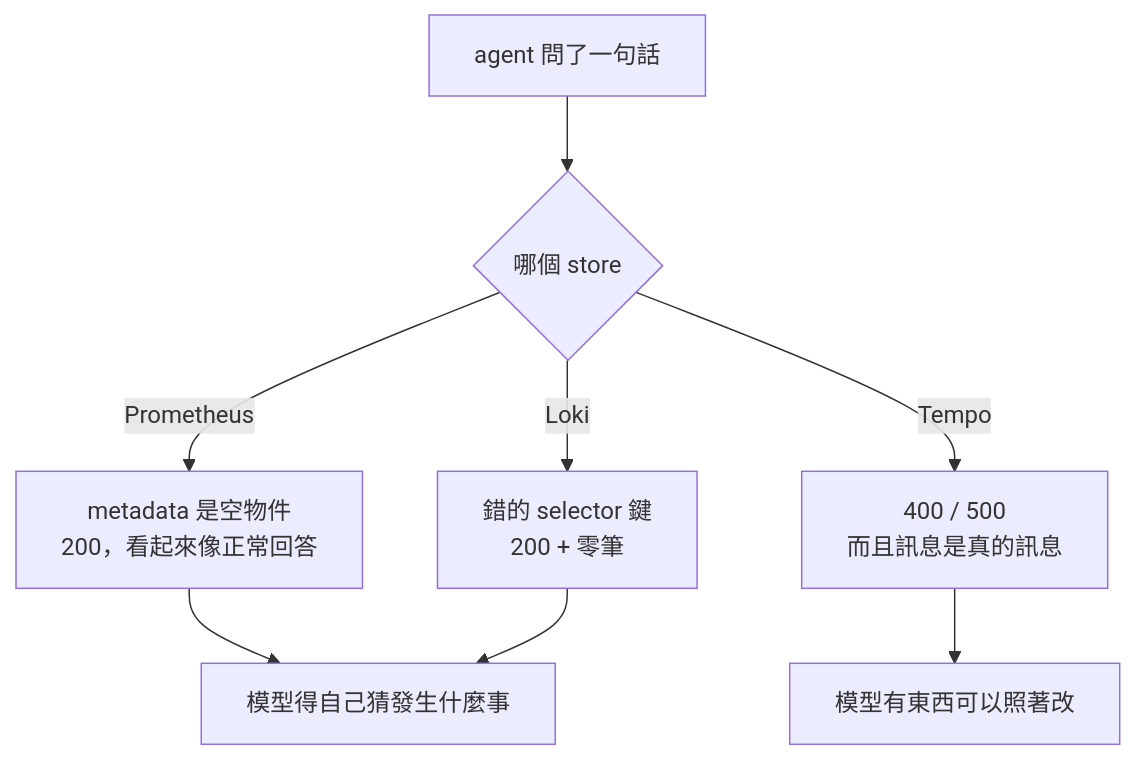
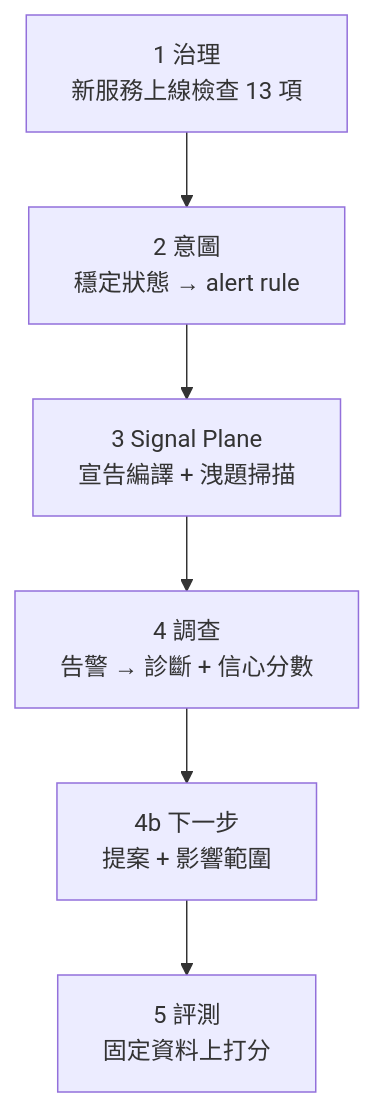
Before and after one commit to tedmax100/o11y-bench: the second of 2 diagrams in weaver-demo/ironman-2026/day25.md, drawn with Mermaid. The commit also changed other lines of this file and 29 other files, not shown here.

````diff
--- a/weaver-demo/ironman-2026/day25.md
+++ b/weaver-demo/ironman-2026/day25.md
@@ -50,10 +141,8 @@
 ```mermaid
 flowchart TB
-    A["agent 問了一句話"] --> P{"哪個 store"}
-    P -->|Prometheus| P1["metadata 是空物件<br/>200，看起來像正常回答"]
-    P -->|Loki| L1["錯的 selector 鍵<br/>200 + 零筆"]
-    P -->|Tempo| T1["400 / 500<br/>而且訊息是真的訊息"]
-    P1 --> S["模型得自己猜發生什麼事"]
-    L1 --> S
-    T1 --> R["模型有東西可以照著改"]
+    S1["1 治理<br/>新服務上線檢查 13 項"] --> S2["2 意圖<br/>穩定狀態 → alert rule"]
+    S2 --> S3["3 Signal Plane<br/>宣告編譯 + 洩題掃描"]
+    S3 --> S4["4 調查<br/>告警 → 診斷 + 信心分數"]
+    S4 --> S5["4b 下一步<br/>提案 + 影響範圍"]
+    S5 --> S6["5 評測<br/>固定資料上打分"]
 ```
````
